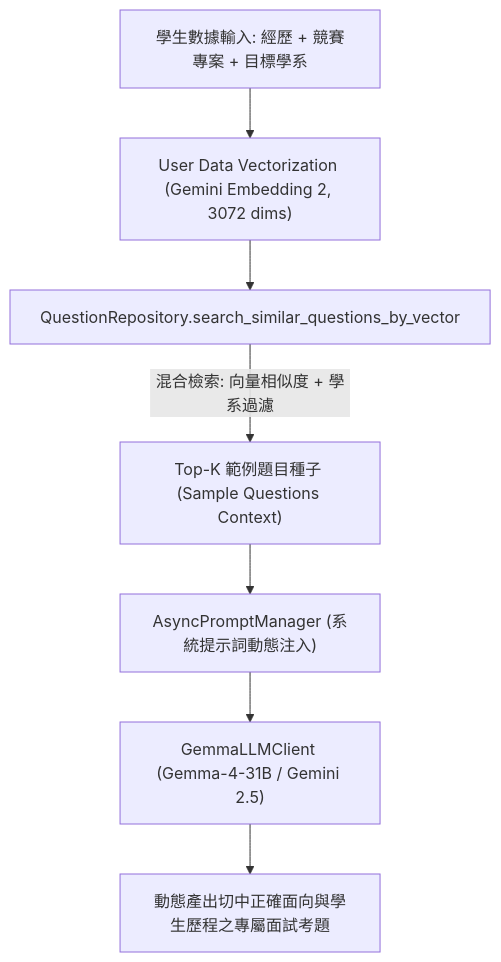
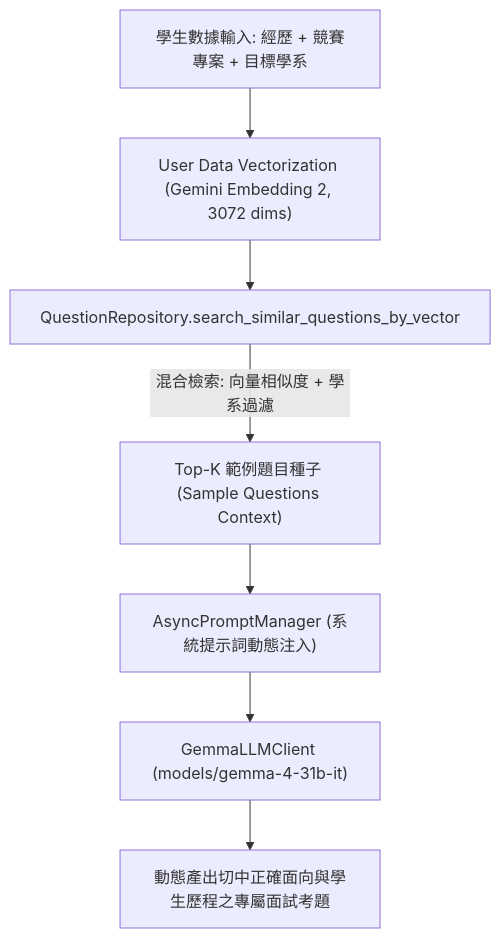
Before and after one commit to Disesfgewu/iThome---2026: the diagram in days/day8.md, drawn with Mermaid. The commit also changed other lines of this file and 4 other files, not shown here.

Commit message:
refactor(llm): strictly enforce models/gemma-4-31b-it exclusively for all LLM chat and generation operations

````diff
--- a/days/day8.md
+++ b/days/day8.md
@@ -11,9 +11,9 @@
 ```mermaid
 graph TD
     A["學生數據輸入: 經歷 + 競賽專案 + 目標學系"] --> B["User Data Vectorization (Gemini Embedding 2, 3072 dims)"]
     B --> C["QuestionRepository.search_similar_questions_by_vector"]
     C -->|混合檢索: 向量相似度 + 學系過濾| D["Top-K 範例題目種子 (Sample Questions Context)"]
     D --> E["AsyncPromptManager (系統提示詞動態注入)"]
-    E --> F["GemmaLLMClient (Gemma-4-31B / Gemini 2.5)"]
+    E --> F["GemmaLLMClient (models/gemma-4-31b-it)"]
     F --> G["動態產出切中正確面向與學生歷程之專屬面試考題"]
 ```
````
